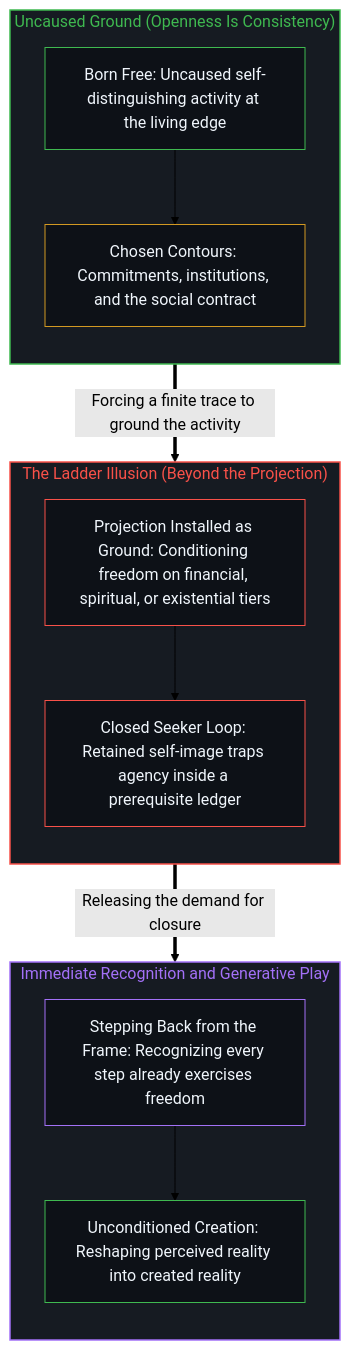
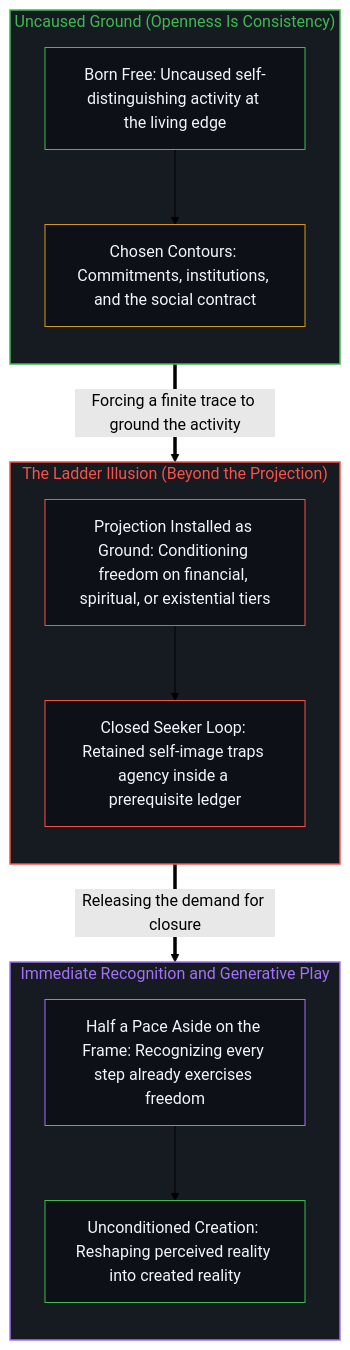
Before and after one commit to powerpig99/not-a-toe: the second of 2 diagrams in content/posts/freedom-as-ground.md, drawn with Mermaid (forest theme). The commit also changed other lines of this file and 12 other files, not shown here.

````diff
--- a/content/posts/freedom-as-ground.md
+++ b/content/posts/freedom-as-ground.md
@@ -52,32 +52,32 @@
 ```mermaid
 flowchart TD
     subgraph S_Ground["Uncaused Ground (Openness Is Consistency)"]
         direction TB
         G_Act["Born Free: Uncaused self-distinguishing activity at the living edge"]
         G_Trace["Chosen Contours: Commitments, institutions, and the social contract"]
         G_Act --> G_Trace
     end
     subgraph S_Closure["The Ladder Illusion (Beyond the Projection)"]
         direction TB
         C_Invert["Projection Installed as Ground: Conditioning freedom on financial, spiritual, or existential tiers"]
         C_Loop["Closed Seeker Loop: Retained self-image traps agency inside a prerequisite ledger"]
         C_Invert --> C_Loop
     end
     subgraph S_Recognition["Immediate Recognition and Generative Play"]
         direction TB
-        R_Drop["Stepping Back from the Frame: Recognizing every step already exercises freedom"]
+        R_Drop["Half a Pace Aside on the Frame: Recognizing every step already exercises freedom"]
         R_Play["Unconditioned Creation: Reshaping perceived reality into created reality"]
         R_Drop --> R_Play
     end
     G_Trace ==>|"Forcing a finite trace to ground the activity"| C_Invert
     C_Loop ==>|"Releasing the demand for closure"| R_Drop
     style S_Ground fill:#161b22,stroke:#3fb950,stroke-width:1.5px,color:#3fb950
     style S_Closure fill:#161b22,stroke:#f85149,stroke-width:1.5px,color:#f85149
     style S_Recognition fill:#161b22,stroke:#a371f7,stroke-width:1.5px,color:#a371f7
     style G_Act fill:#0d1117,stroke:#3fb950,stroke-width:1px,color:#f0f6fc
     style G_Trace fill:#0d1117,stroke:#d29922,stroke-width:1px,color:#f0f6fc
     style C_Invert fill:#0d1117,stroke:#f85149,stroke-width:1px,color:#f0f6fc
     style C_Loop fill:#0d1117,stroke:#f85149,stroke-width:1px,color:#f0f6fc
     style R_Drop fill:#0d1117,stroke:#a371f7,stroke-width:1px,color:#f0f6fc
     style R_Play fill:#0d1117,stroke:#3fb950,stroke-width:1px,color:#f0f6fc
 ```
````
